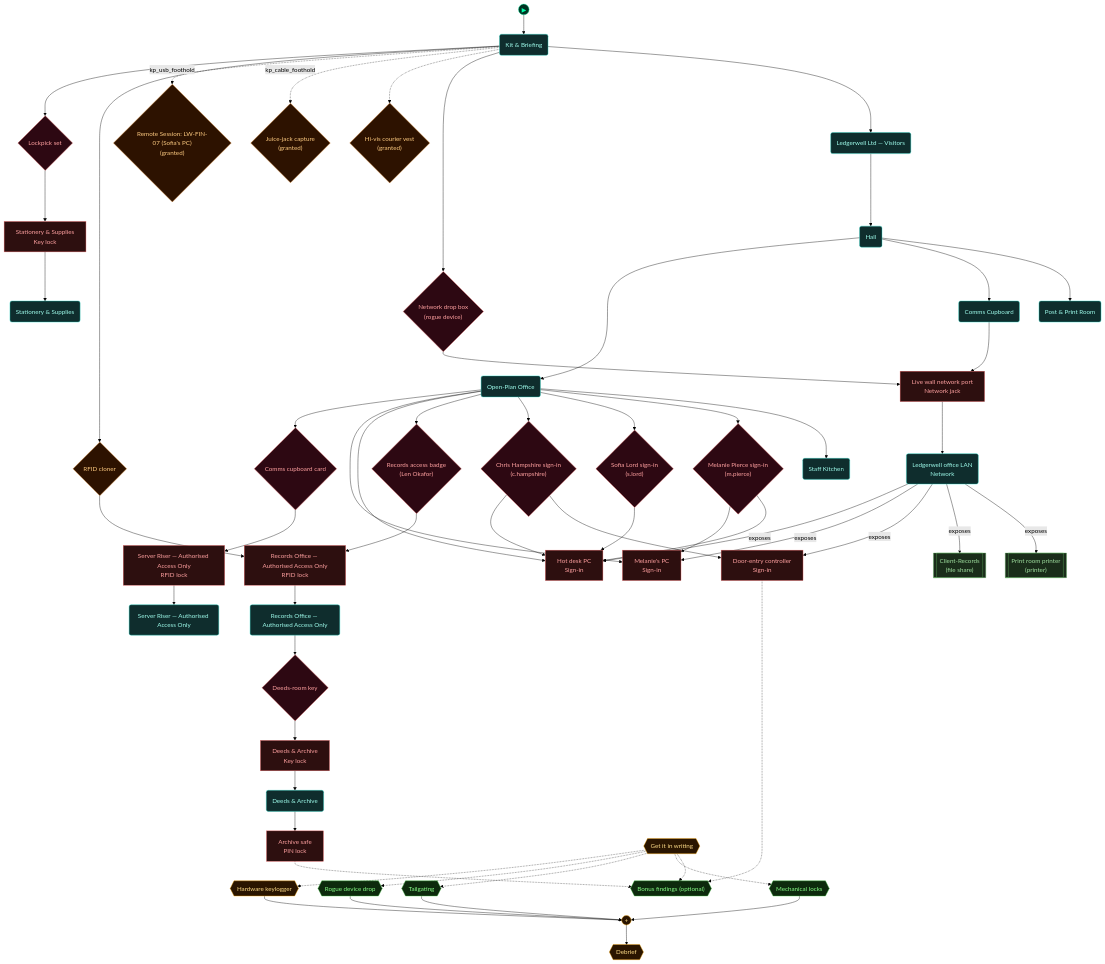
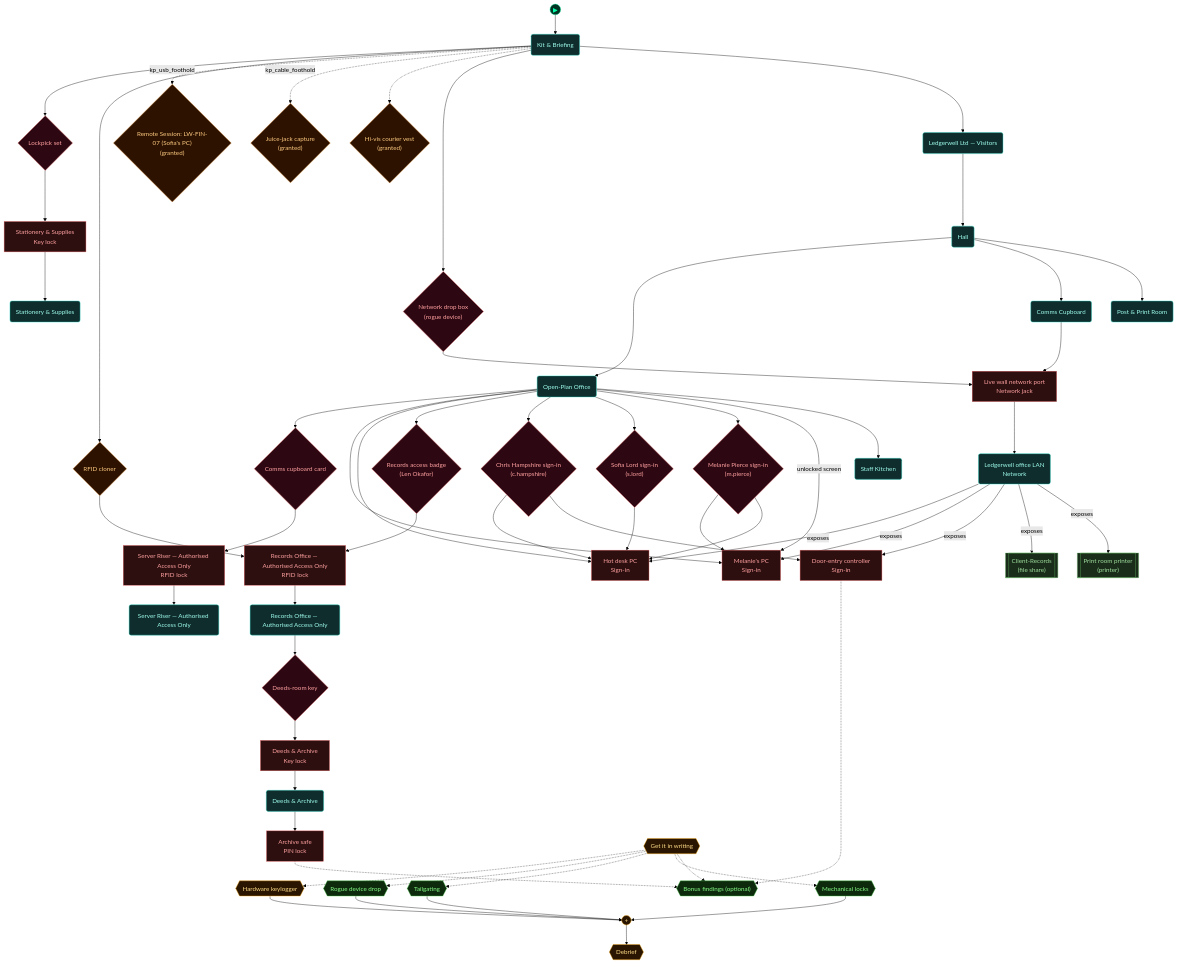
One commit to cliffe/BreakEscape changed the third of 5 diagrams in scenarios/lab_physical_pentest/dungeon_graph.md. Above: the diagram before and after it, drawn with Mermaid (forest theme). The commit also changed other lines of this file and 5 other files, not shown here.

Commit message:
lab_physical_pentest adopts habits (9.1 step 8): Chris high and Melanie low awareness replace the PC lock fields; guard test, PLAYTEST habits report, dungeon graph

```diff
--- a/scenarios/lab_physical_pentest/dungeon_graph.md
+++ b/scenarios/lab_physical_pentest/dungeon_graph.md
@@ -300,6 +301,7 @@
   open_plan --> signin_pierce
   signin_pierce --> lock_staff_pc_2
   signin_pierce --> lock_hot_desk_pc
+  open_plan -->|unlocked screen| lock_staff_pc_2
   briefing_room --> device_kit_dropbox
   P3 --> jack_network_port
   device_kit_dropbox --> jack_network_port
```
